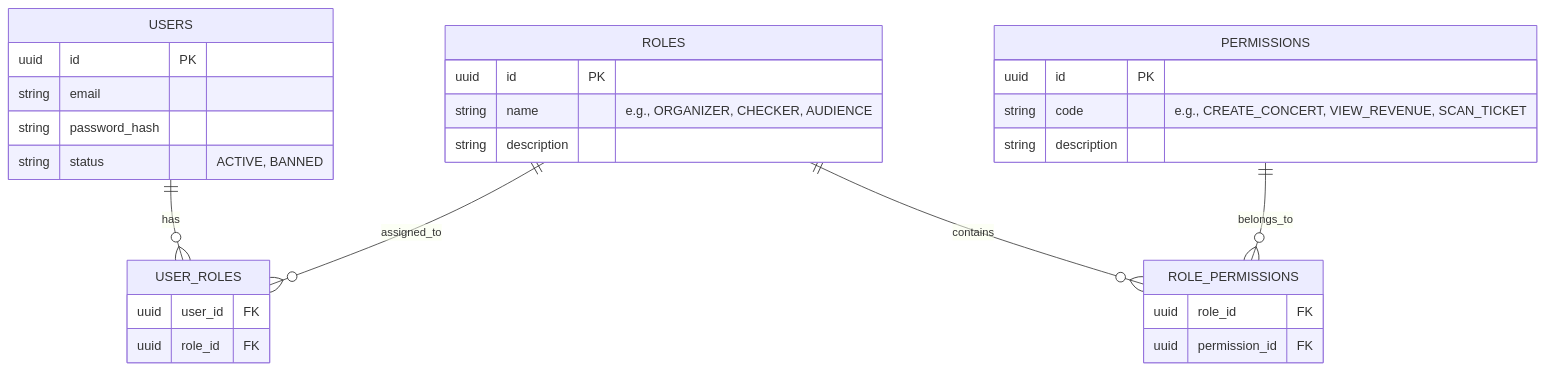
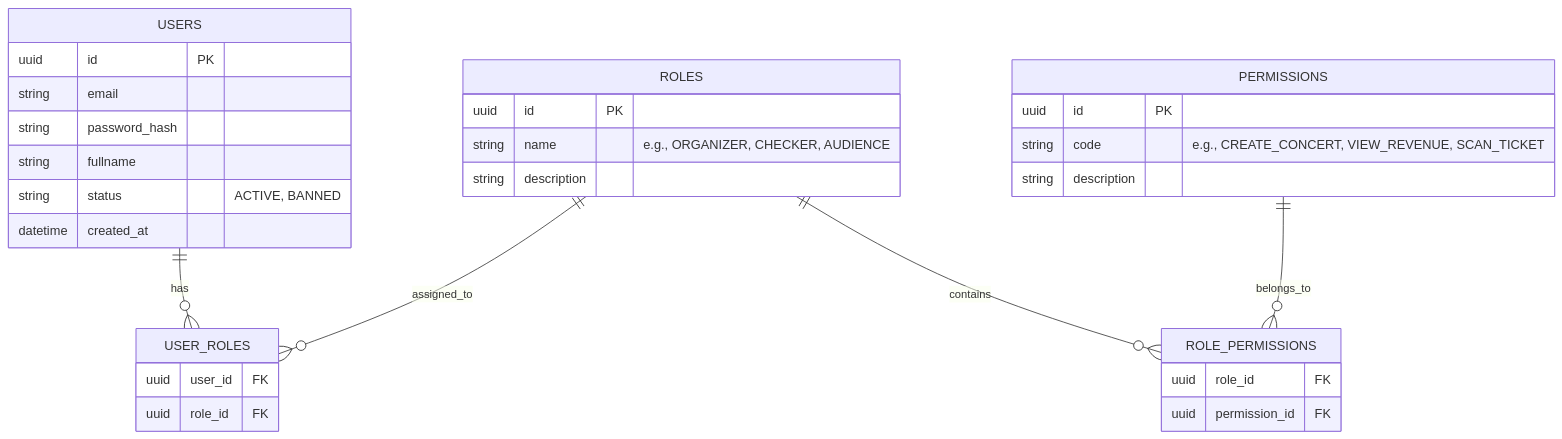
The first of 2 diagrams in docs/research/details/admin_rbac.md (TuanDakLak/Ticket_Box), drawn with Mermaid before and after one commit. The commit also changed other lines of this file and 4 other files, not shown here.

First line of the commit message:
feat(docs): Enhance documentation and database schema for ticketing system

````diff
--- a/docs/research/details/admin_rbac.md
+++ b/docs/research/details/admin_rbac.md
@@ -59,37 +56,39 @@
 ```mermaid
 erDiagram
     USERS ||--o{ USER_ROLES : has
     ROLES ||--o{ USER_ROLES : assigned_to
     ROLES ||--o{ ROLE_PERMISSIONS : contains
     PERMISSIONS ||--o{ ROLE_PERMISSIONS : belongs_to
 
     USERS {
         uuid id PK
         string email
         string password_hash
+        string fullname
         string status "ACTIVE, BANNED"
+        datetime created_at
     }
 
     ROLES {
         uuid id PK
         string name "e.g., ORGANIZER, CHECKER, AUDIENCE"
         string description
     }
 
     PERMISSIONS {
         uuid id PK
         string code "e.g., CREATE_CONCERT, VIEW_REVENUE, SCAN_TICKET"
         string description
     }
 
     USER_ROLES {
         uuid user_id FK
         uuid role_id FK
     }
 
     ROLE_PERMISSIONS {
         uuid role_id FK
         uuid permission_id FK
     }
 
 ```
````
